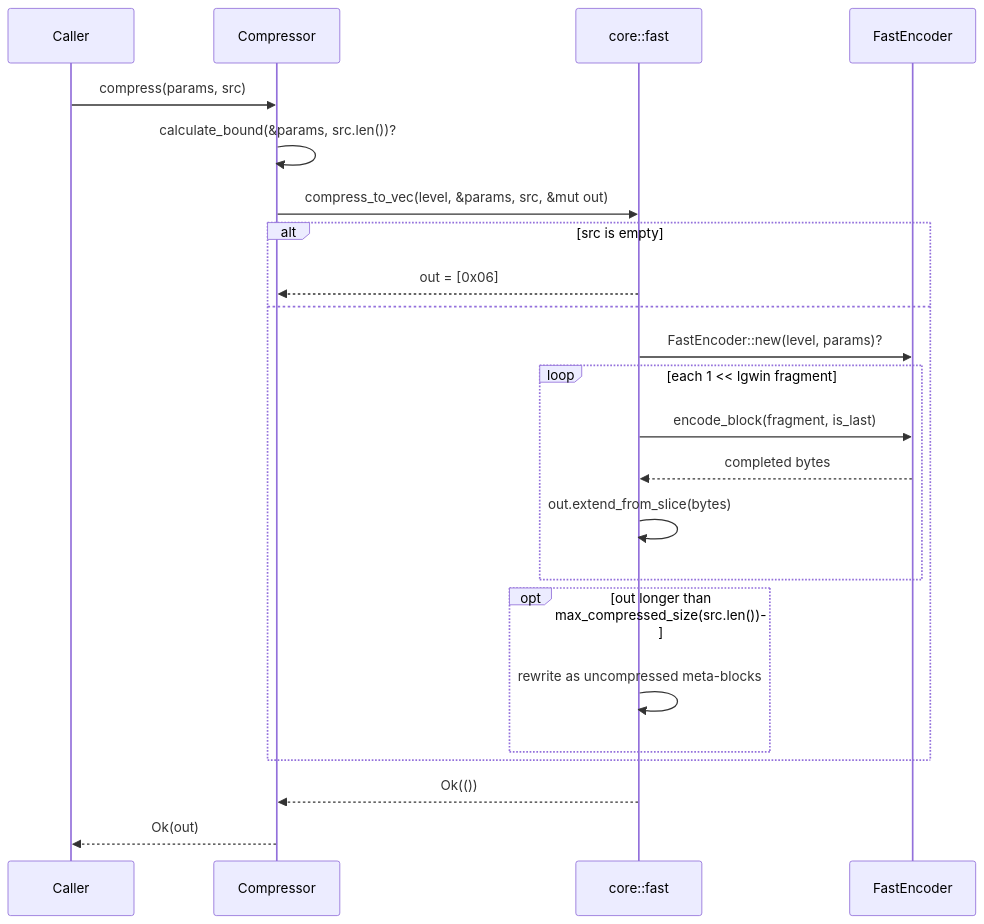
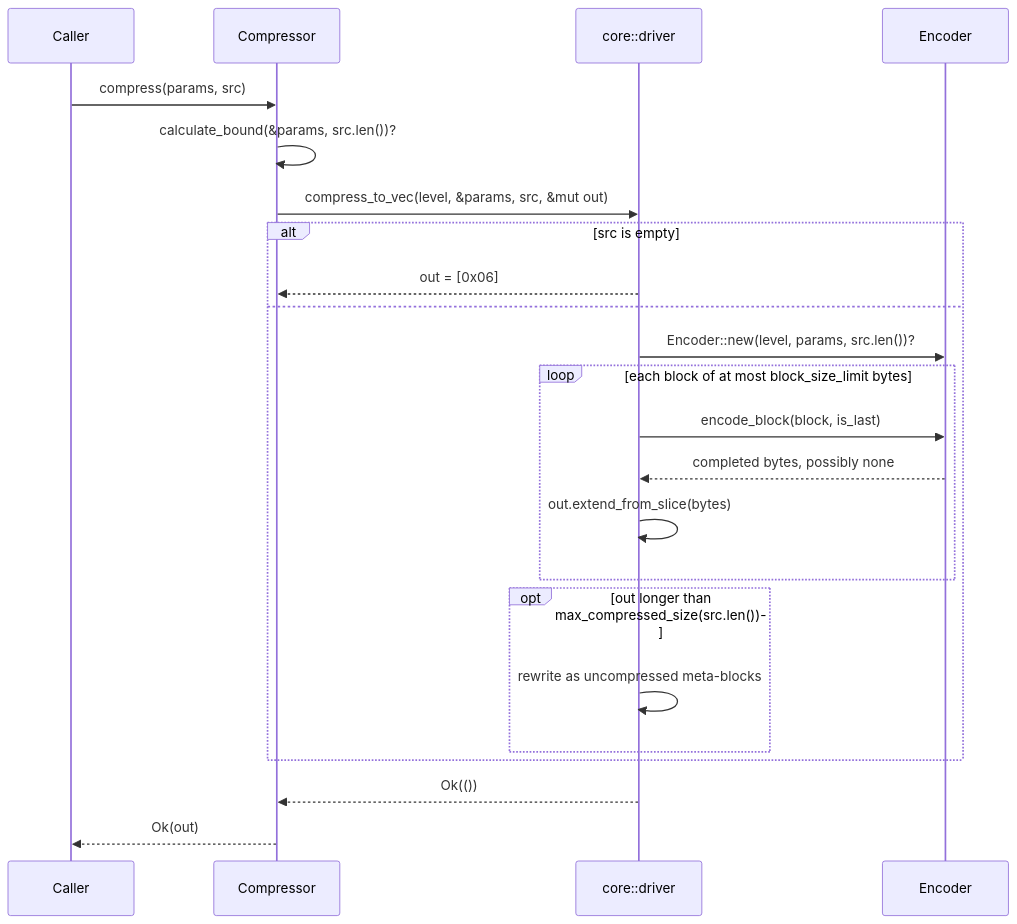
The fourth of 8 diagrams in architecture/compressor.md (Mnwa/mbrotli), drawn with Mermaid before and after one commit. The commit also changed other lines of this file and 84 other files, not shown here.

````diff
--- a/architecture/compressor.md
+++ b/architecture/compressor.md
@@ -128,26 +199,26 @@
 ```mermaid
 sequenceDiagram
     participant Caller
     participant API as Compressor
-    participant Fast as core::fast
-    participant Enc as FastEncoder
+    participant Drv as core::driver
+    participant Enc as Encoder
 
     Caller->>API: compress(params, src)
     API->>API: calculate_bound(&params, src.len())?
-    API->>Fast: compress_to_vec(level, &params, src, &mut out)
+    API->>Drv: compress_to_vec(level, &params, src, &mut out)
     alt src is empty
-        Fast-->>API: out = [0x06]
+        Drv-->>API: out = [0x06]
     else
-        Fast->>Enc: FastEncoder::new(level, params)?
-        loop each 1 << lgwin fragment
-            Fast->>Enc: encode_block(fragment, is_last)
-            Enc-->>Fast: completed bytes
-            Fast->>Fast: out.extend_from_slice(bytes)
+        Drv->>Enc: Encoder::new(level, params, src.len())?
+        loop each block of at most block_size_limit bytes
+            Drv->>Enc: encode_block(block, is_last)
+            Enc-->>Drv: completed bytes, possibly none
+            Drv->>Drv: out.extend_from_slice(bytes)
         end
         opt out longer than max_compressed_size(src.len())
-            Fast->>Fast: rewrite as uncompressed meta-blocks
+            Drv->>Drv: rewrite as uncompressed meta-blocks
         end
     end
-    Fast-->>API: Ok(())
+    Drv-->>API: Ok(())
     API-->>Caller: Ok(out)
 ```
````
